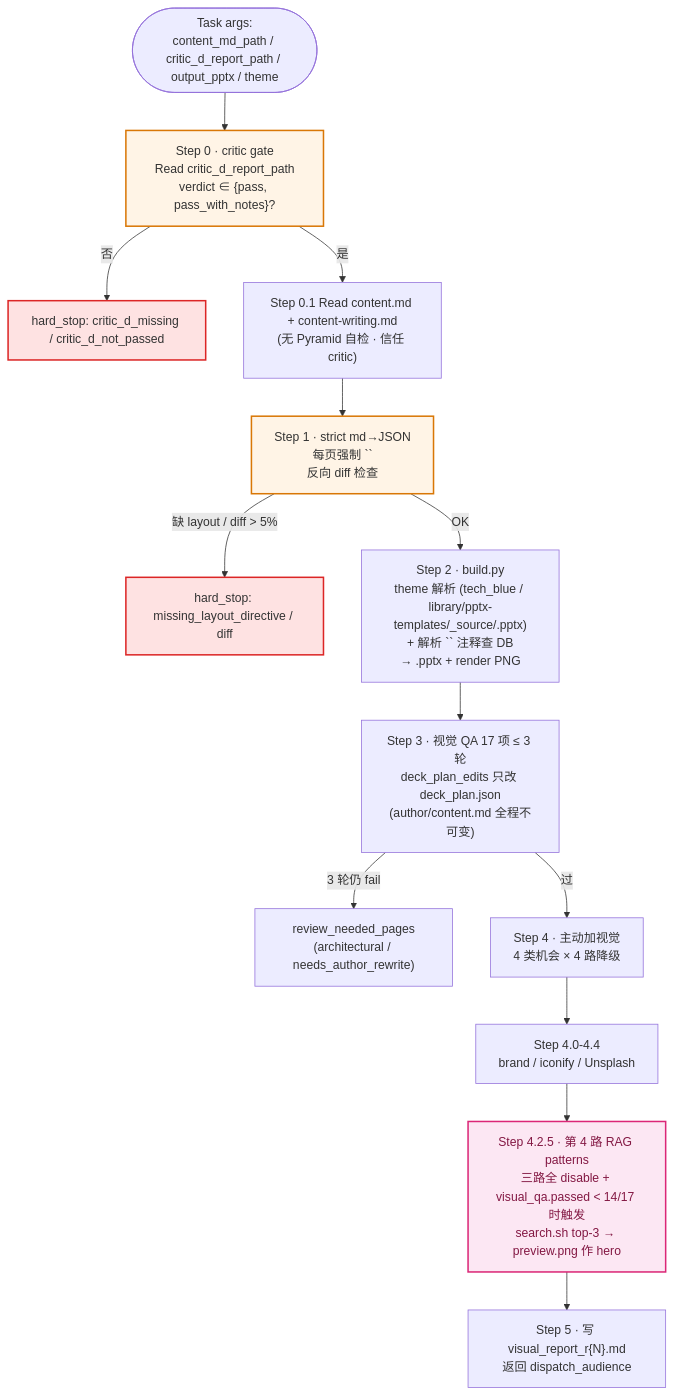
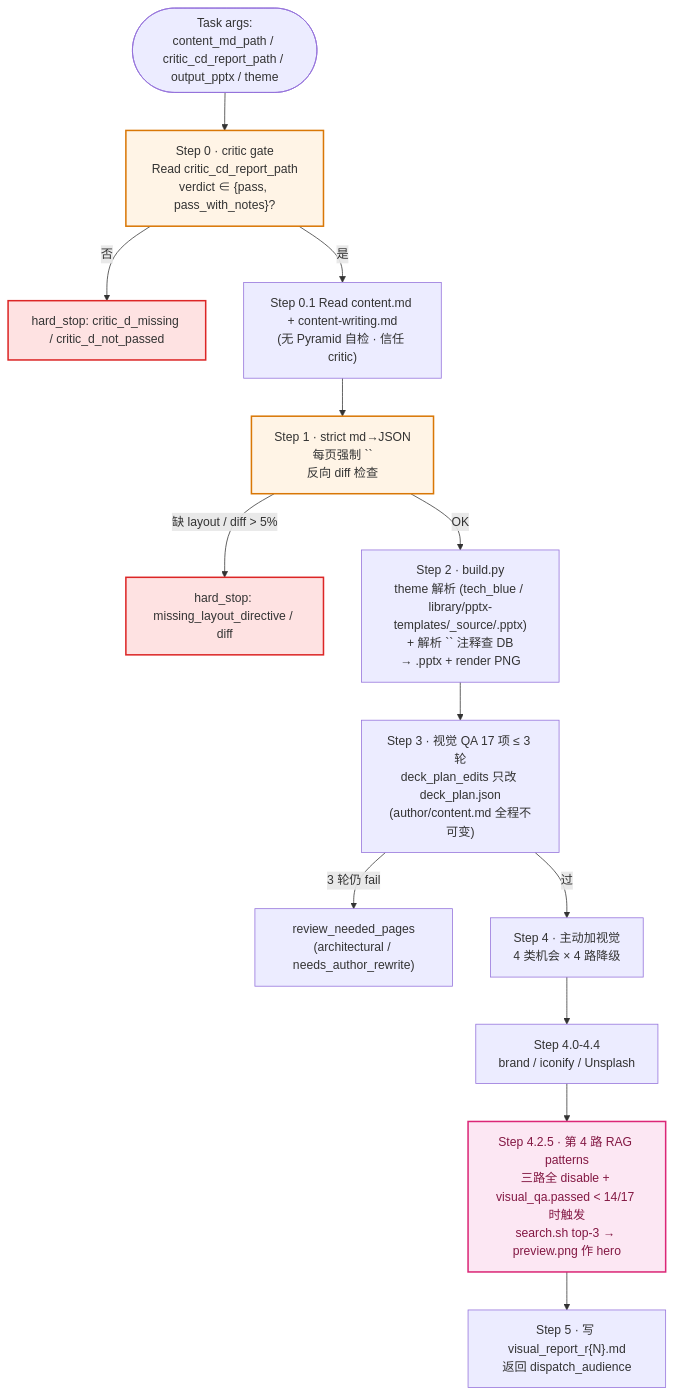
The ninth of 12 diagrams in docs/agent-internals.zh.md (rogerluo2016ROL/iLovePPT), drawn with Mermaid before and after one commit. The commit also changed other lines of this file and 10 other files, not shown here.

````diff
--- a/docs/agent-internals.zh.md
+++ b/docs/agent-internals.zh.md
@@ -897,23 +912,23 @@
 ```mermaid
 flowchart TB
-    I([Task args:<br/>content_md_path / critic_d_report_path / output_pptx / theme]) --> S0
-    S0["Step 0 · critic gate<br/>Read critic_d_report_path<br/>verdict ∈ {pass, pass_with_notes}?"]
+    I([Task args:<br/>content_md_path / critic_cd_report_path / output_pptx / theme]) --> S0
+    S0["Step 0 · critic gate<br/>Read critic_cd_report_path<br/>verdict ∈ {pass, pass_with_notes}?"]
     S0 -->|否| HS["hard_stop: critic_d_missing / critic_d_not_passed"]
     S0 -->|是| S01["Step 0.1 Read content.md + content-writing.md<br/>(无 Pyramid 自检 · 信任 critic)"]
     S01 --> S1["Step 1 · strict md→JSON<br/>每页强制 `<!-- layout: X -->`<br/>反向 diff 检查"]
     S1 -->|缺 layout / diff > 5%| HS3["hard_stop: missing_layout_directive / diff"]
     S1 -->|OK| S2["Step 2 · build.py<br/>theme 解析 (tech_blue / library/pptx-templates/_source/<name>.pptx)<br/>+ 解析 `<!-- pattern: vp:/tpl: -->` 注释查 DB<br/>→ .pptx + render PNG"]
     S2 --> S3["Step 3 · 视觉 QA 17 项 ≤ 3 轮<br/>deck_plan_edits 只改 deck_plan.json<br/>(author/content.md 全程不可变)"]
     S3 -->|3 轮仍 fail| RN["review_needed_pages<br/>(architectural / needs_author_rewrite)"]
     S3 -->|过| S4["Step 4 · 主动加视觉<br/>4 类机会 × 4 路降级"]
     S4 --> S41["Step 4.0-4.4<br/>brand / iconify / Unsplash"]
     S41 --> S425["Step 4.2.5 · 第 4 路 RAG patterns<br/>三路全 disable + visual_qa.passed < 14/17 时触发<br/>search.sh top-3 → preview.png 作 hero"]
     S425 --> S5["Step 5 · 写 visual_report_r{N}.md<br/>返回 dispatch_audience"]
 
     classDef gate fill:#FFF4E6,stroke:#D97706,stroke-width:2px
     classDef rag fill:#FCE7F3,stroke:#DB2777,stroke-width:2px,color:#831843
     classDef hard fill:#FEE2E2,stroke:#DC2626,stroke-width:2px
     class S0,S1 gate
     class S425 rag
     class HS,HS3 hard
 ```
````
